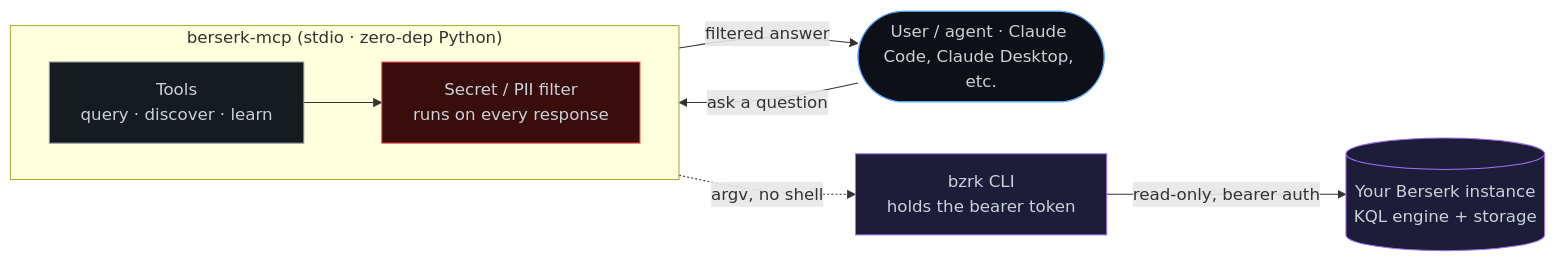
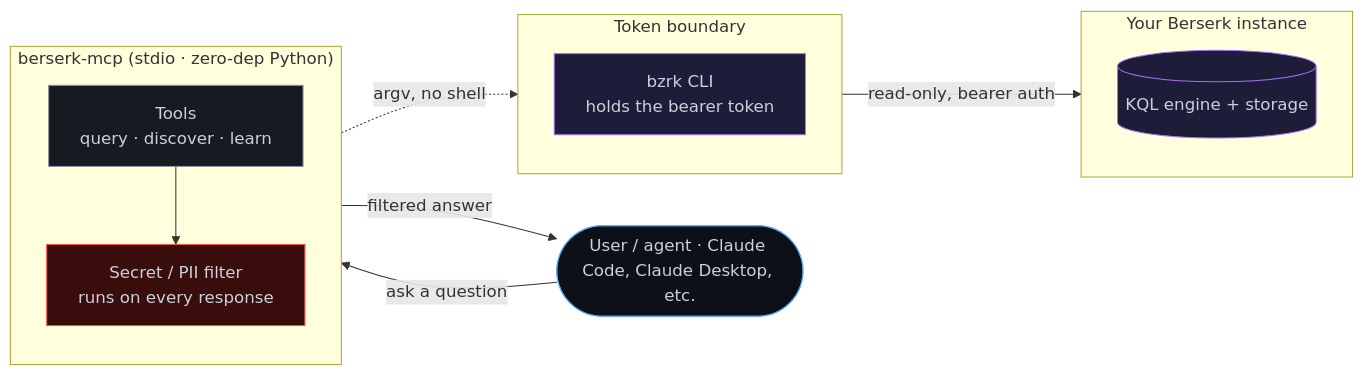
Before and after one commit to ssimonsen0202/berserk_mcp: the diagram in README.md, drawn with Mermaid.

Commit message:
docs: fix diagram layout -- bzrk/instance nodes were crammed in a corner
bzrk and the Berserk instance were free-floating nodes outside any
subgraph. Mermaid's dagre layout doesn't reliably rank free nodes
against a subgraph when a back-edge (Redact -> User) is also in the
graph -- they were rendering crammed under the Tools node instead of
in their own column. Wrapping each in its own single-node subgraph
gives dagre a clear cluster boundary to lay out left-to-right.

````diff
--- a/README.md
+++ b/README.md
@@ -286,24 +286,31 @@
 ```mermaid
 flowchart LR
   classDef user      fill:#0d1117,stroke:#58a6ff,color:#c9d1d9
   classDef mcp       fill:#161b22,stroke:#8b949e,color:#c9d1d9
   classDef security  fill:#3a0d0d,stroke:#f85149,color:#c9d1d9
   classDef berserk   fill:#1d1d3a,stroke:#a371f7,color:#c9d1d9
 
   User([User / agent · Claude Code, Claude Desktop, etc.]):::user
 
   subgraph M["berserk-mcp (stdio · zero-dep Python)"]
-    direction LR
+    direction TB
     Tools["Tools\nquery · discover · learn"]:::mcp
     Redact["Secret / PII filter\nruns on every response"]:::security
     Tools --> Redact
   end
 
-  Bzrk["bzrk CLI\nholds the bearer token"]:::berserk
-  Gw[("Your Berserk instance\nKQL engine + storage")]:::berserk
+  subgraph T["Token boundary"]
+    direction TB
+    Bzrk["bzrk CLI\nholds the bearer token"]:::berserk
+  end
+
+  subgraph B["Your Berserk instance"]
+    direction TB
+    Gw[("KQL engine + storage")]:::berserk
+  end
 
   User -- "ask a question" --> Tools
   Tools -. "argv, no shell" .-> Bzrk
   Bzrk -- "read-only, bearer auth" --> Gw
   Redact -- "filtered answer" --> User
 ```
````
